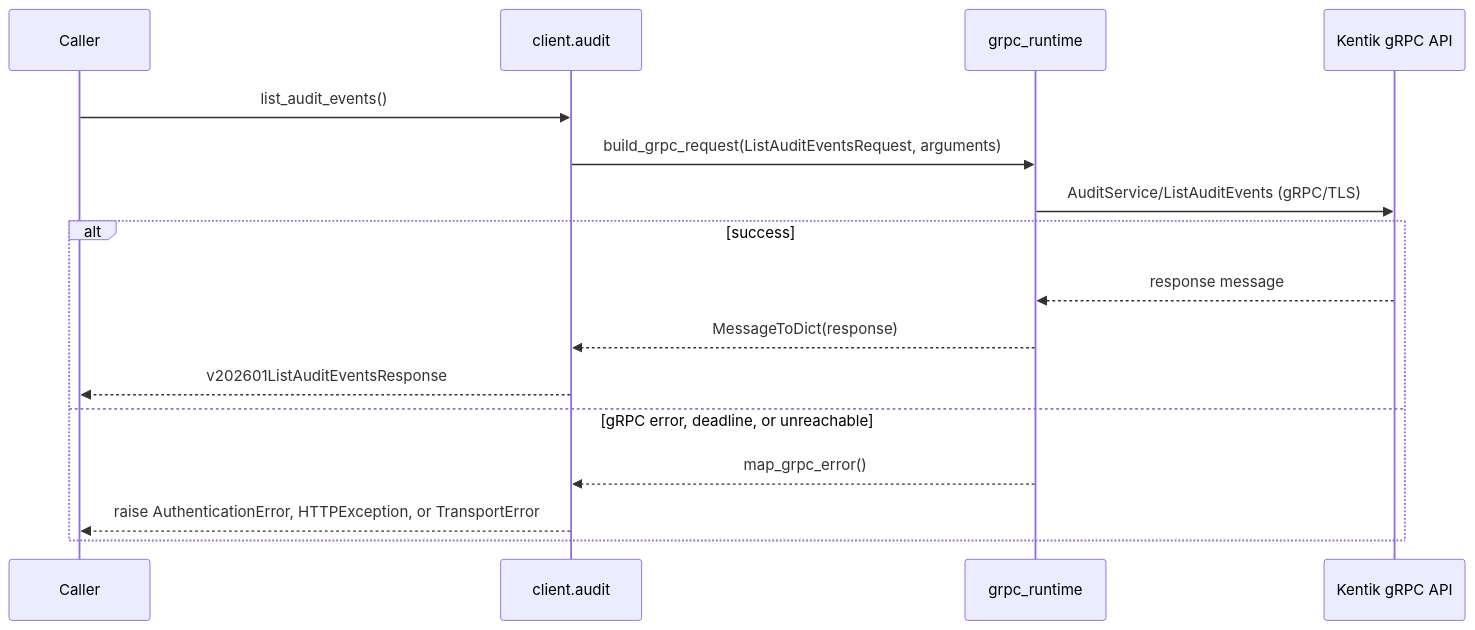
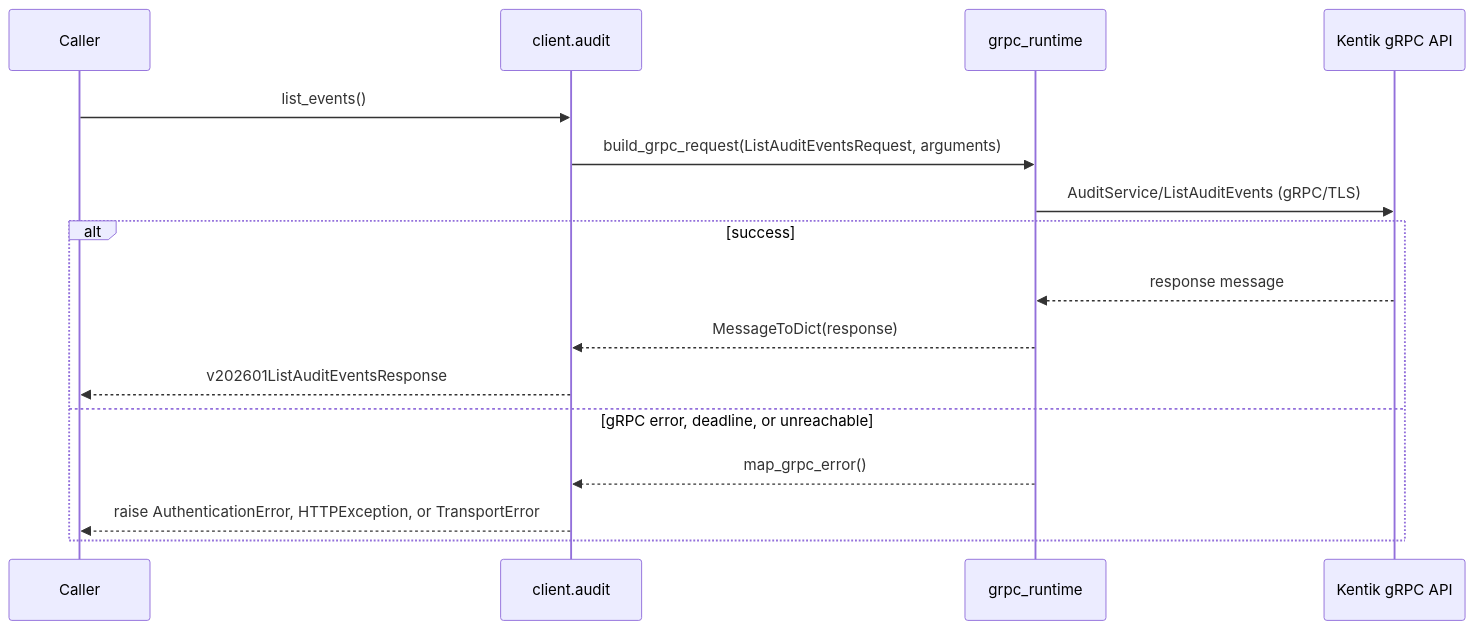
Before and after one commit to alexdearaujo/community_sdk_python: the third of 8 diagrams in docs/sphinx/services/audit.md, drawn with Mermaid. The commit also changed other lines of this file and 28 other files, not shown here.

````diff
--- a/docs/sphinx/services/audit.md
+++ b/docs/sphinx/services/audit.md
@@ -59,19 +59,19 @@
 ```mermaid
 sequenceDiagram
     participant C as Caller
     participant W as client.audit
     participant R as grpc_runtime
     participant API as Kentik gRPC API
 
-    C->>W: list_audit_events()
+    C->>W: list_events()
     W->>R: build_grpc_request(ListAuditEventsRequest, arguments)
     R->>API: AuditService/ListAuditEvents (gRPC/TLS)
     alt success
         API-->>R: response message
         R-->>W: MessageToDict(response)
         W-->>C: v202601ListAuditEventsResponse
     else gRPC error, deadline, or unreachable
         R-->>W: map_grpc_error()
         W-->>C: raise AuthenticationError, HTTPException, or TransportError
     end
 ```
````
